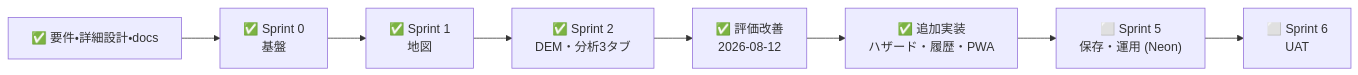
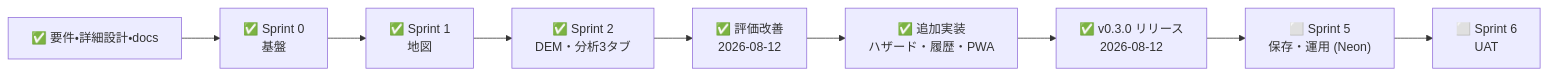
Before and after one commit to Kensan196948G/Civil-Terrain-Slope-Risk-Viewer: the diagram in docs/ロードマップ.md, drawn with Mermaid. The commit also changed other lines of this file and 2 other files, not shown here.

Commit message:
docs: v0.3.0 本番リリース結果を反映 (#5)

````diff
--- a/docs/ロードマップ.md
+++ b/docs/ロードマップ.md
@@ -5,8 +5,9 @@
 ```mermaid
 flowchart LR
     D["✅ 要件・詳細設計・docs"] --> S0["✅ Sprint 0\n基盤"] --> S1["✅ Sprint 1\n地図"]
     S1 --> S2["✅ Sprint 2\nDEM・分析3タブ"]
     S2 --> S3["✅ 評価改善\n2026-08-12"]
     S3 --> S4["✅ 追加実装\nハザード・履歴・PWA"]
-    S4 --> S5["⬜ Sprint 5\n保存・運用 (Neon)"] --> S6["⬜ Sprint 6\nUAT"]
+    S4 --> R4["✅ v0.3.0 リリース\n2026-08-12"]
+    R4 --> S5["⬜ Sprint 5\n保存・運用 (Neon)"] --> S6["⬜ Sprint 6\nUAT"]
 ```
````
